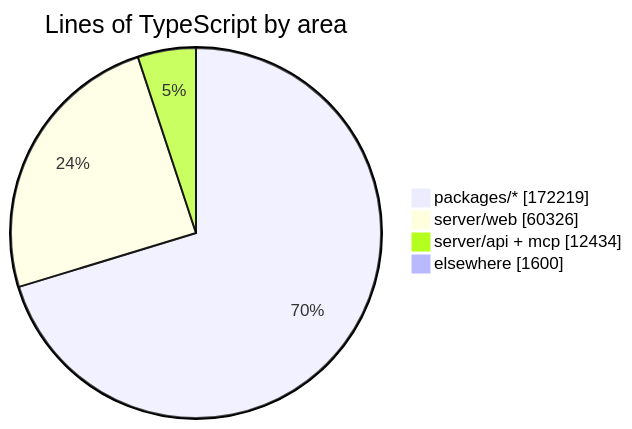
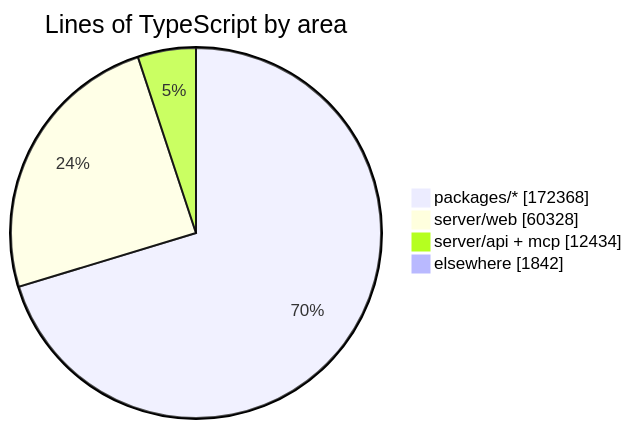
One commit to crossworks-engineering/mantle changed the diagram in README.md. Above: the diagram before and after it, drawn with Mermaid. The commit also changed other lines of this file and 2 other files, not shown here.

````diff
--- a/README.md
+++ b/README.md
@@ -279,7 +279,7 @@
 ```mermaid
 pie showData title Lines of TypeScript by area
-    "packages/*" : 172219
-    "server/web" : 60326
+    "packages/*" : 172368
+    "server/web" : 60328
     "server/api + mcp" : 12434
-    "elsewhere" : 1600
+    "elsewhere" : 1842
 ```
````
